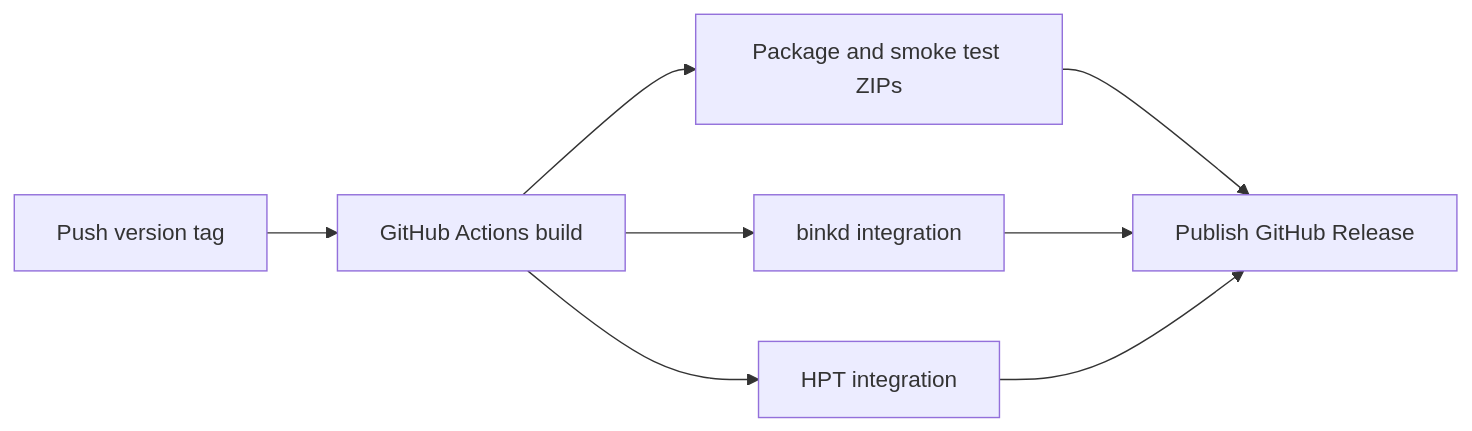
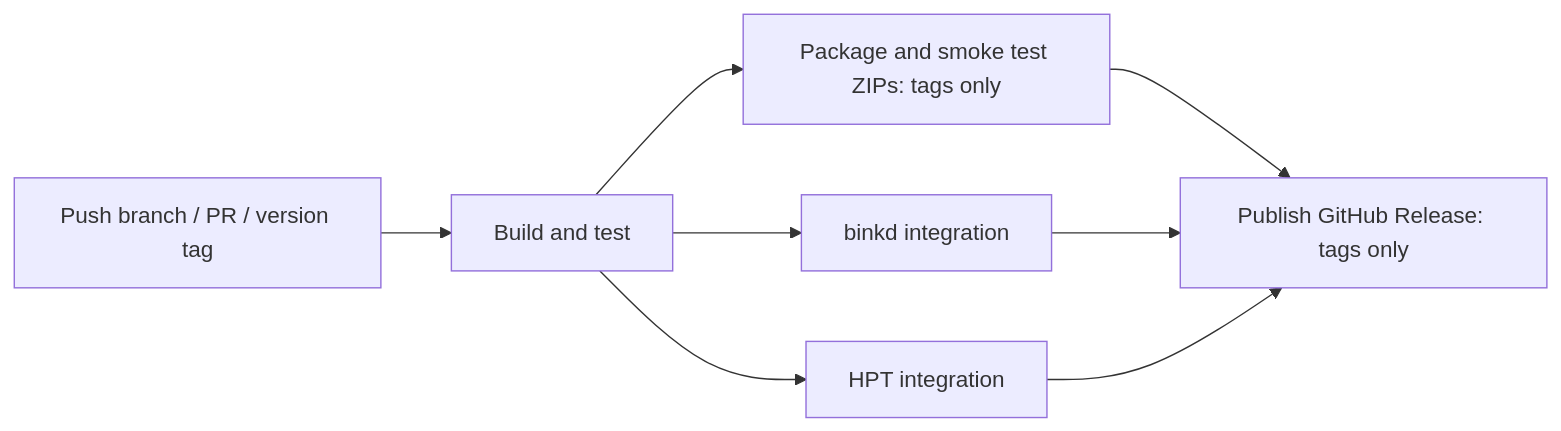
Before and after one commit to vkravets/Fido4Java: the diagram in docs/distributions.md, drawn with Mermaid. The commit also changed other lines of this file and 14 other files, not shown here.

Commit message:
Migrated branch and pull request CI to GitHub Actions and removed CircleCI

````diff
--- a/docs/distributions.md
+++ b/docs/distributions.md
@@ -84,10 +80,10 @@
 ```mermaid
 flowchart LR
-    tag[Push version tag] --> build[GitHub Actions build]
-    build --> package[Package and smoke test ZIPs]
+    event[Push branch / PR / version tag] --> build[Build and test]
+    build --> package[Package and smoke test ZIPs: tags only]
     build --> binkd[binkd integration]
     build --> hpt[HPT integration]
-    package --> publish[Publish GitHub Release]
+    package --> publish[Publish GitHub Release: tags only]
     binkd --> publish
     hpt --> publish
 ```
````
